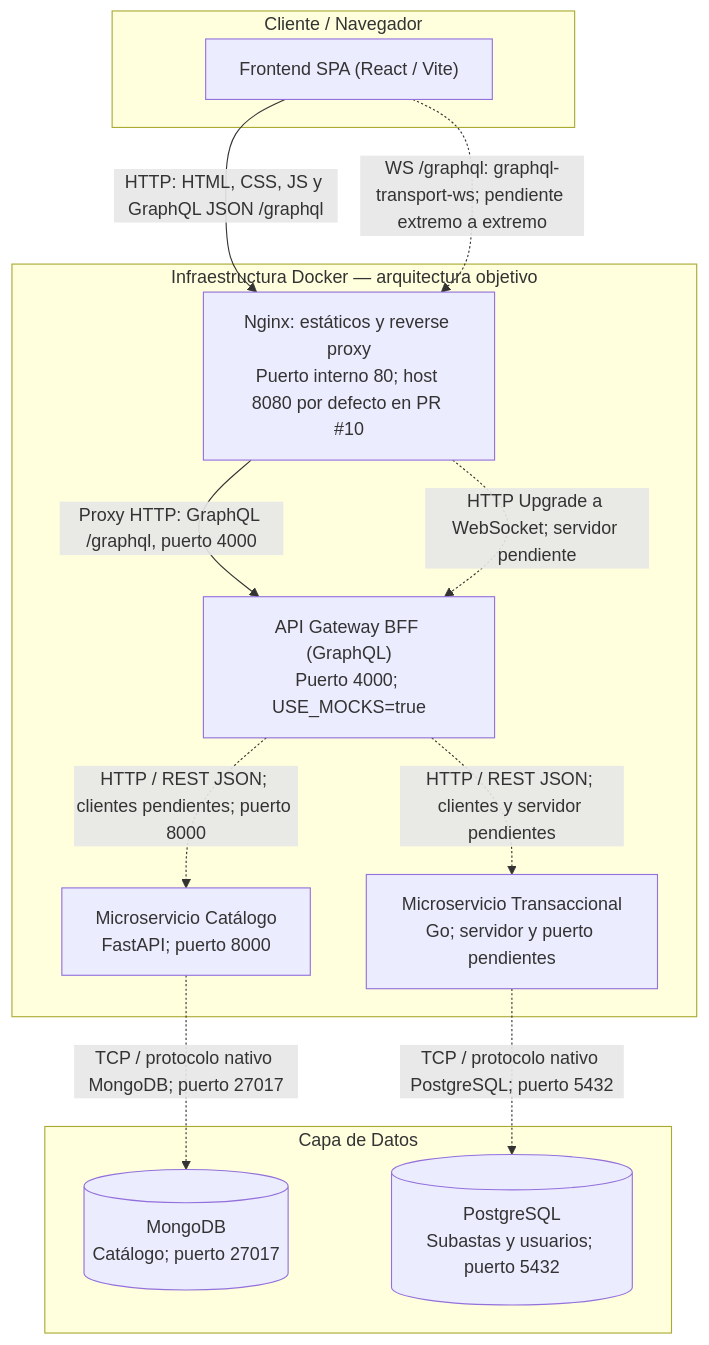
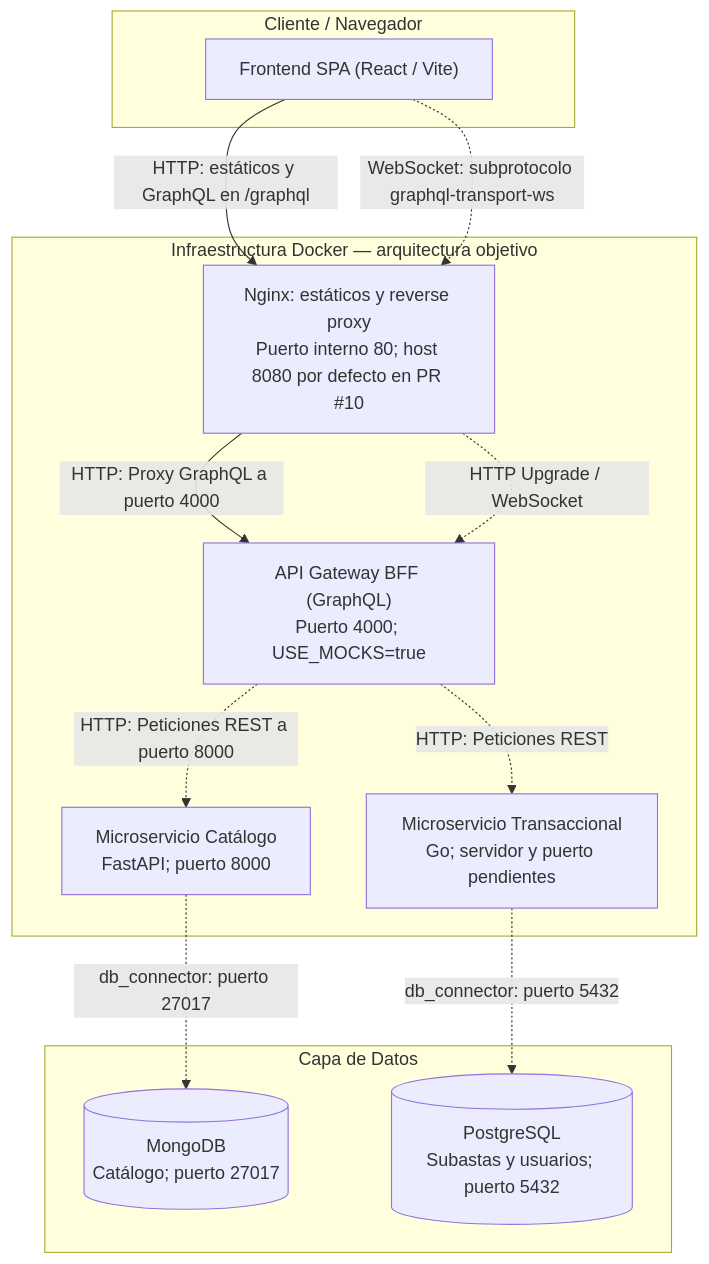
The diagram in docs/vista-cc.md (heider88/Pujaz), drawn with Mermaid before and after one commit.

Commit message:
docs(KAN-15): actualizar conectores de BD a db_connector en vista C&C

````diff
--- a/docs/vista-cc.md
+++ b/docs/vista-cc.md
@@ -15,27 +15,27 @@
 ```mermaid
 graph TD
     subgraph Cliente ["Cliente / Navegador"]
         SPA["Frontend SPA (React / Vite)"]
     end
 
     subgraph Infraestructura ["Infraestructura Docker — arquitectura objetivo"]
         Nginx["Nginx: estáticos y reverse proxy<br/>Puerto interno 80; host 8080 por defecto en PR #10"]
         Gateway["API Gateway BFF (GraphQL)<br/>Puerto 4000; USE_MOCKS=true"]
         MS_Cat["Microservicio Catálogo<br/>FastAPI; puerto 8000"]
         MS_Trans["Microservicio Transaccional<br/>Go; servidor y puerto pendientes"]
     end
 
     subgraph Persistencia ["Capa de Datos"]
         Mongo[("MongoDB<br/>Catálogo; puerto 27017")]
         Postgres[("PostgreSQL<br/>Subastas y usuarios; puerto 5432")]
     end
 
-    SPA -->|"HTTP: HTML, CSS, JS y GraphQL JSON /graphql"| Nginx
-    Nginx -->|"Proxy HTTP: GraphQL /graphql, puerto 4000"| Gateway
-    SPA -.->|"WS /graphql: graphql-transport-ws; pendiente extremo a extremo"| Nginx
-    Nginx -.->|"HTTP Upgrade a WebSocket; servidor pendiente"| Gateway
-    Gateway -.->|"HTTP / REST JSON; clientes pendientes; puerto 8000"| MS_Cat
-    Gateway -.->|"HTTP / REST JSON; clientes y servidor pendientes"| MS_Trans
-    MS_Cat -.->|"TCP / protocolo nativo MongoDB; puerto 27017"| Mongo
-    MS_Trans -.->|"TCP / protocolo nativo PostgreSQL; puerto 5432"| Postgres
+    SPA -->|"HTTP: estáticos y GraphQL en /graphql"| Nginx
+    Nginx -->|"HTTP: Proxy GraphQL a puerto 4000"| Gateway
+    SPA -.->|"WebSocket: subprotocolo graphql-transport-ws"| Nginx
+    Nginx -.->|"HTTP Upgrade / WebSocket"| Gateway
+    Gateway -.->|"HTTP: Peticiones REST a puerto 8000"| MS_Cat
+    Gateway -.->|"HTTP: Peticiones REST"| MS_Trans
+    MS_Cat -.->|"db_connector: puerto 27017"| Mongo
+    MS_Trans -.->|"db_connector: puerto 5432"| Postgres
 ```
````
